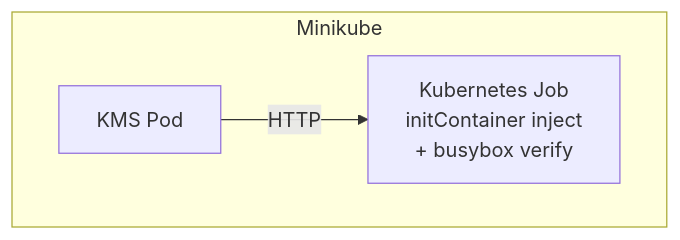
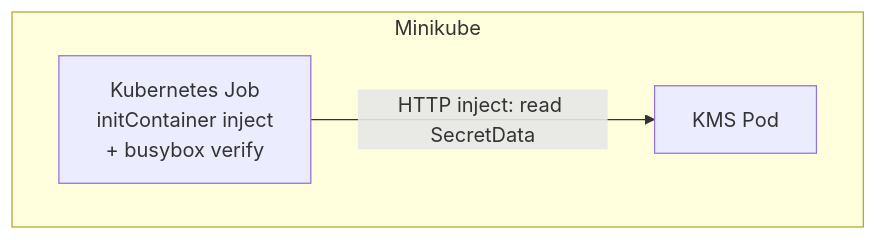
One commit to Cosmian/kms changed diagram 47 of 60 in .mise/tasks/test/README.md. Above: the diagram before and after it, drawn with Mermaid. The commit also changed other lines of this file and 31 other files, not shown here.

````diff
--- a/.mise/tasks/test/README.md
+++ b/.mise/tasks/test/README.md
@@ -1402,9 +1432,9 @@
 ```mermaid
 graph TB
     subgraph Minikube3["Minikube"]
         KMS_Pod3["KMS Pod"]
         Job["Kubernetes Job<br/>initContainer inject<br/>+ busybox verify"]
     end
 
-    KMS_Pod3 --> |HTTP| Job
+    Job --> |HTTP inject: read SecretData| KMS_Pod3
 ```
````
